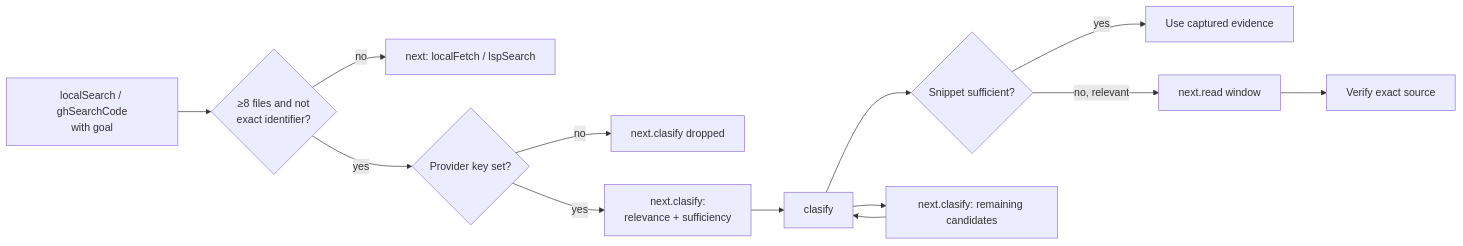
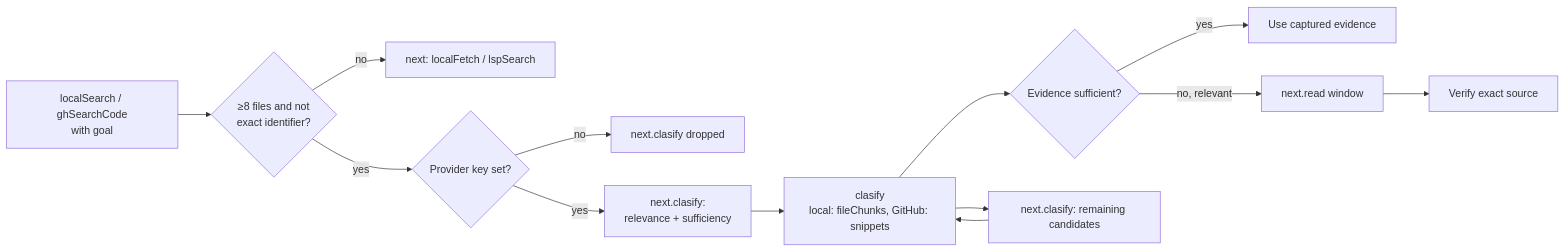
The fourth of 4 diagrams in docs/OCTOCODE_CLASIFY.md (bgauryy/octocode), drawn with Mermaid before and after one commit. The commit also changed other lines of this file and 49 other files, not shown here.

````diff
--- a/docs/OCTOCODE_CLASIFY.md
+++ b/docs/OCTOCODE_CLASIFY.md
@@ -147,15 +149,15 @@
 ```mermaid
 flowchart LR
     S["localSearch / ghSearchCode<br/>with goal"] --> W{"≥8 files and not<br/>exact identifier?"}
     W -- no --> N["next: localFetch / lspSearch"]
     W -- yes --> K{Provider key set?}
     K -- no --> DROP[next.clasify dropped]
     K -- yes --> H["next.clasify:<br/>relevance + sufficiency"]
-    H --> C[clasify]
-    C --> Q{Snippet sufficient?}
+    H --> C["clasify<br/>local: fileChunks, GitHub: snippets"]
+    C --> Q{Evidence sufficient?}
     Q -- yes --> E[Use captured evidence]
     Q -- no, relevant --> R["next.read window"]
     C --> P["next.clasify: remaining candidates"]
     P --> C
     R --> V[Verify exact source]
 ```
````
